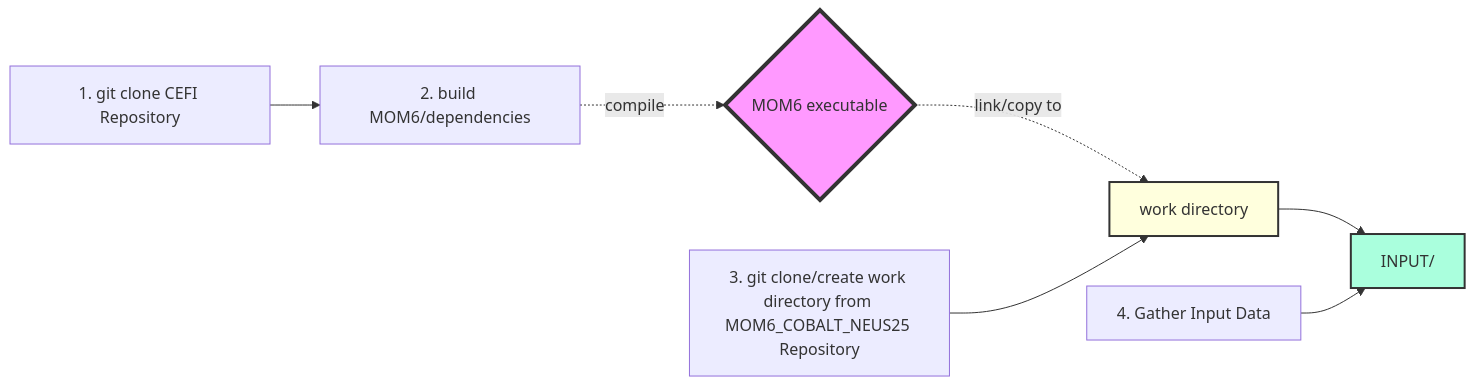
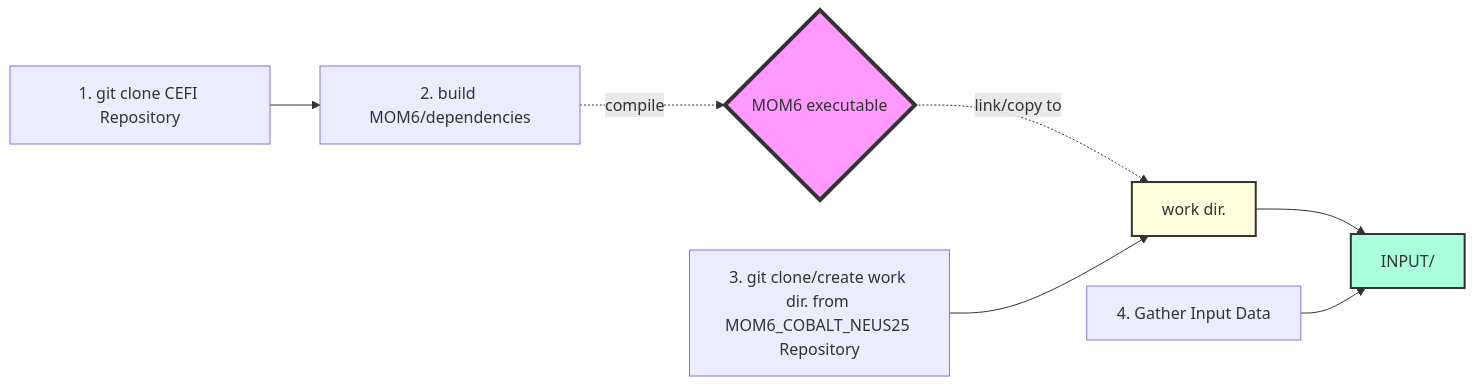
One commit to dksasaki/MOM6_COBALT_NEUS25 changed the first of 2 diagrams in README2.md. Above: the diagram before and after it, drawn with Mermaid.

Commit message:
minor changes

````diff
--- a/README2.md
+++ b/README2.md
@@ -19,18 +19,18 @@
 ```mermaid
 flowchart LR
     A[1. git clone CEFI Repository] --> B[2. build MOM6/dependencies]
     B -.-> |compile| C{MOM6 executable}
     
-    D[3. git clone/create work directory from MOM6_COBALT_NEUS25 Repository]
-    C -.-> |link/copy to| E[work directory]
+    D[3. git clone/create work dir. from MOM6_COBALT_NEUS25 Repository]
+    C -.-> |link/copy to| E[work dir.]
     D --> E
     
     E --> H
 
     F[4. Gather Input Data ]
     F --> H[INPUT/]
     
     style C fill:#f9f,stroke:#333,stroke-width:4px
     style H fill:#afd,stroke:#333,stroke-width:2px
     style E fill:#ffd,stroke:#333,stroke-width:2px
 ```
````
